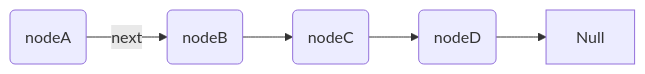
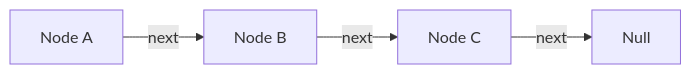
Before and after one commit to hati8haha/portfolio: the diagram in _posts/Linked_List.md, drawn with Mermaid. The commit also changed other lines of this file and 43 other files, not shown here.

````diff
--- a/_posts/Linked_List.md
+++ b/_posts/Linked_List.md
@@ -10,10 +20,4 @@
 ```mermaid
 graph LR
-
-A -- next --> B --> C --> D --> Null
-
-A(nodeA)
-B(nodeB)
-C(nodeC)
-D(nodeD)
+    A[Node A] -- next --> B[Node B] -- next --> C[Node C] -- next --> Null
 ```
````
